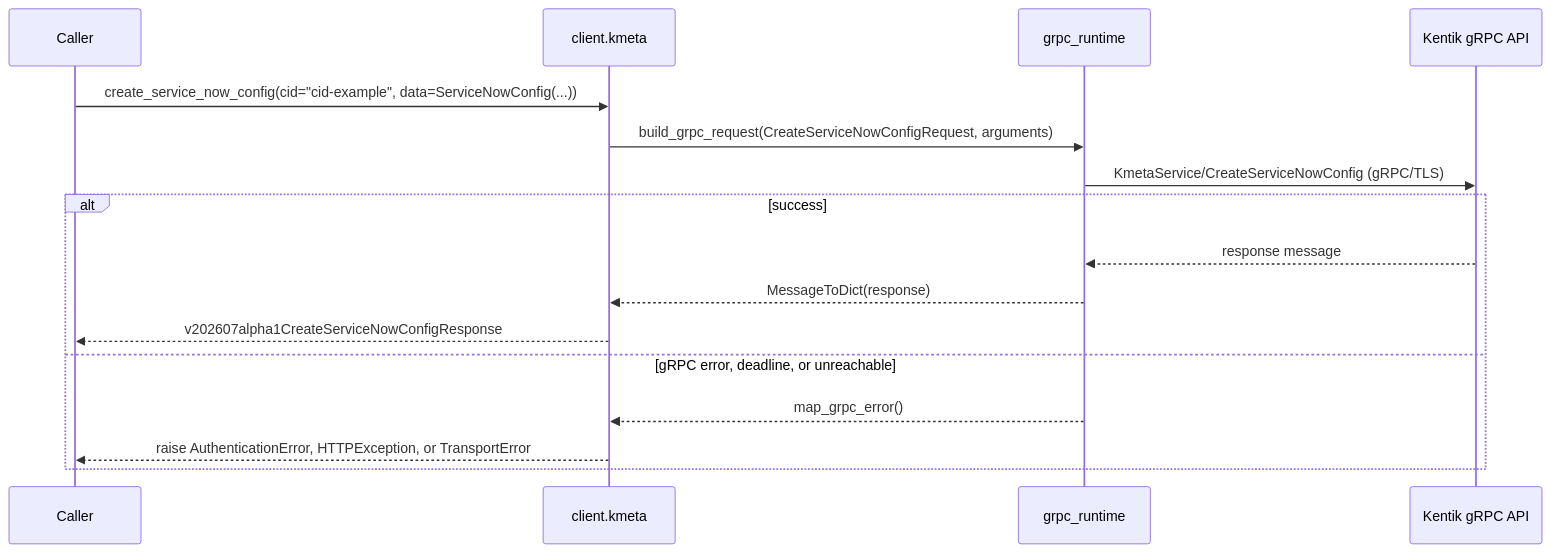
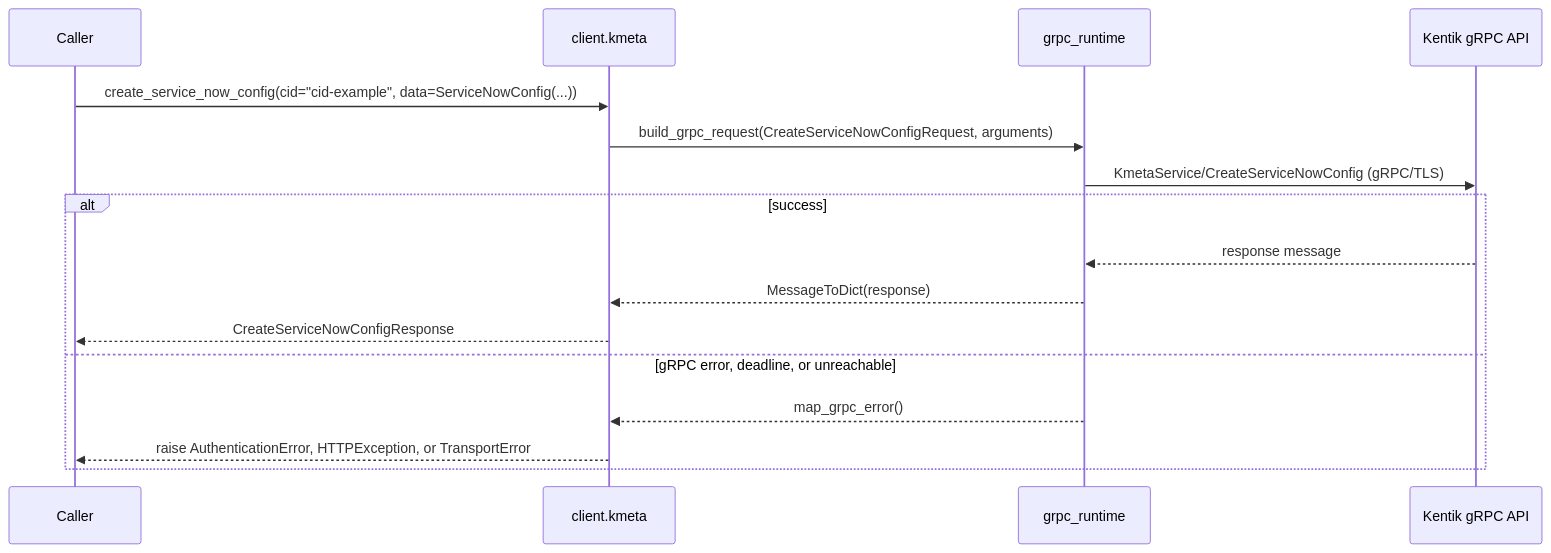
Before and after one commit to alexdearaujo/community_sdk_python: the fifth of 12 diagrams in docs/sphinx/services/kmeta.md, drawn with Mermaid. The commit also changed other lines of this file and 38 other files, not shown here.

````diff
--- a/docs/sphinx/services/kmeta.md
+++ b/docs/sphinx/services/kmeta.md
@@ -135,19 +135,19 @@
 ```mermaid
 sequenceDiagram
     participant C as Caller
     participant W as client.kmeta
     participant R as grpc_runtime
     participant API as Kentik gRPC API
 
     C->>W: create_service_now_config(cid="cid-example", data=ServiceNowConfig(...))
     W->>R: build_grpc_request(CreateServiceNowConfigRequest, arguments)
     R->>API: KmetaService/CreateServiceNowConfig (gRPC/TLS)
     alt success
         API-->>R: response message
         R-->>W: MessageToDict(response)
-        W-->>C: v202607alpha1CreateServiceNowConfigResponse
+        W-->>C: CreateServiceNowConfigResponse
     else gRPC error, deadline, or unreachable
         R-->>W: map_grpc_error()
         W-->>C: raise AuthenticationError, HTTPException, or TransportError
     end
 ```
````
